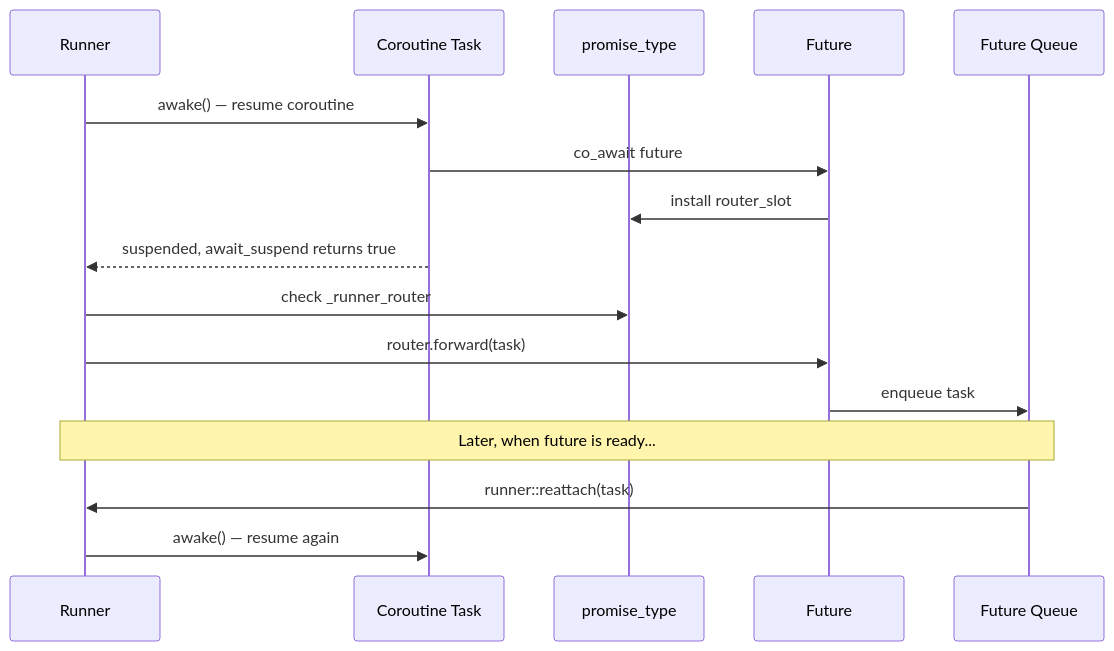
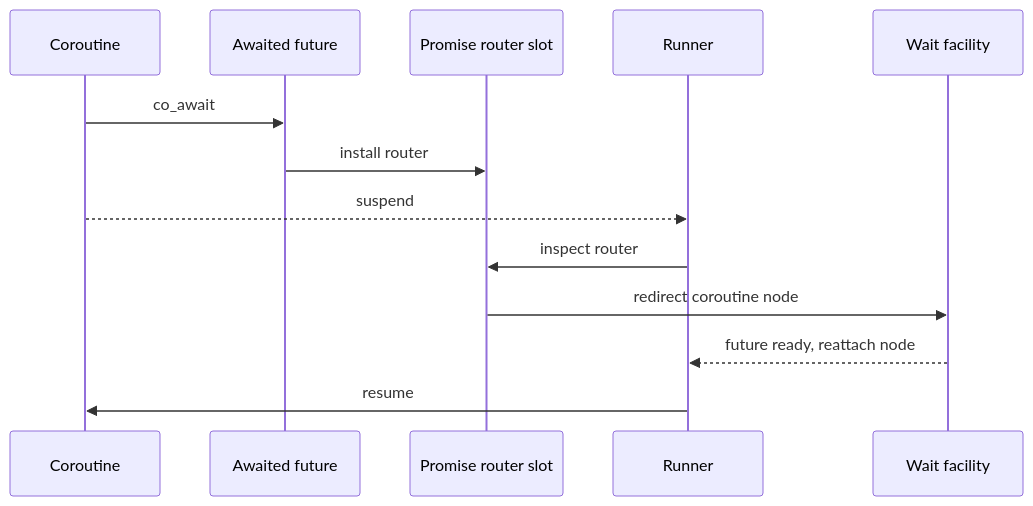
Before and after one commit to OnionSpirit/ace: the third of 4 diagrams in README.md, drawn with Mermaid. The commit also changed other lines of this file and 59 other files, not shown here.

````diff
--- a/README.md
+++ b/README.md
@@ -214,19 +227,15 @@
 ```mermaid
 sequenceDiagram
-    participant Runner
-    participant Task as Coroutine Task
-    participant Promise as promise_type
-    participant Future
-    participant Queue as Future Queue
-
-    Runner->>Task: awake() — resume coroutine
-    Task->>Future: co_await future
-    Future->>Promise: install router_slot
-    Task-->>Runner: suspended, await_suspend returns true
-    Runner->>Promise: check _runner_router
-    Runner->>Future: router.forward(task)
-    Future->>Queue: enqueue task
-    Note over Queue,Runner: Later, when future is ready...
-    Queue->>Runner: runner::reattach(task)
-    Runner->>Task: awake() — resume again
+    participant C as Coroutine
+    participant F as Awaited future
+    participant P as Promise router slot
+    participant R as Runner
+    participant W as Wait facility
+    C->>F: co_await
+    F->>P: install router
+    C-->>R: suspend
+    R->>P: inspect router
+    P->>W: redirect coroutine node
+    W-->>R: future ready, reattach node
+    R->>C: resume
 ```
````
